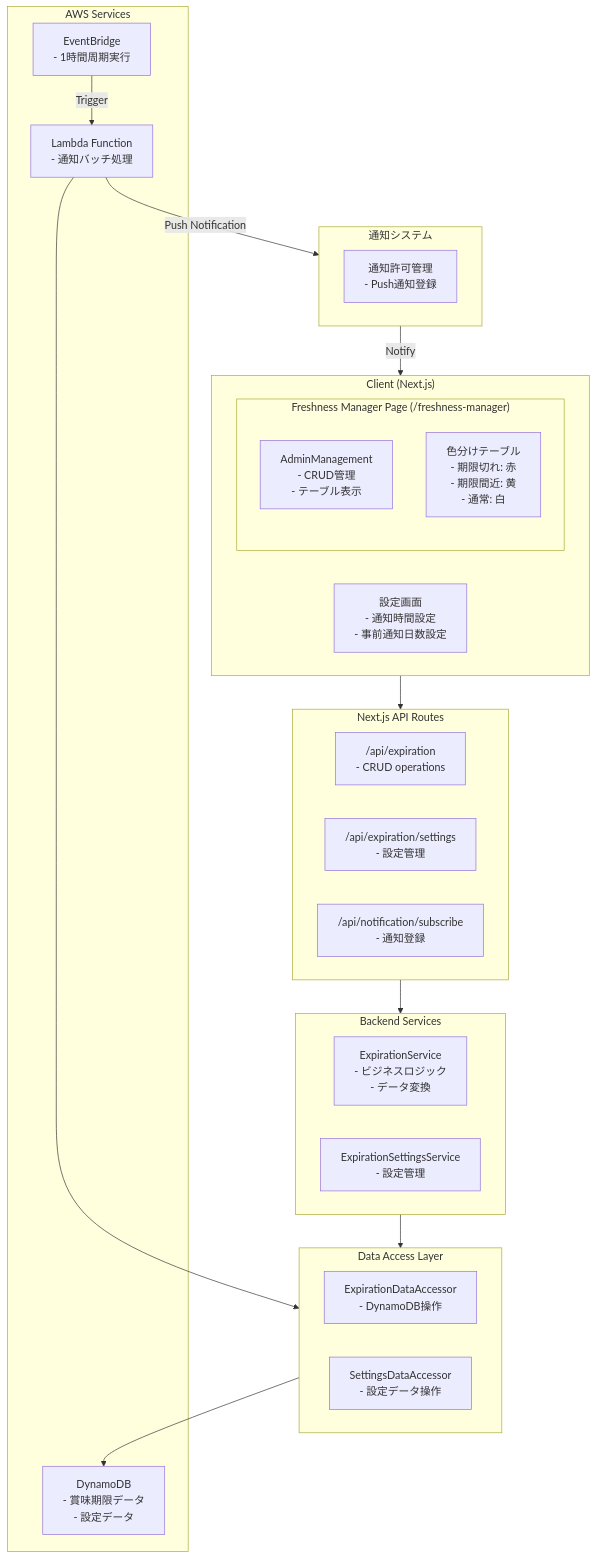
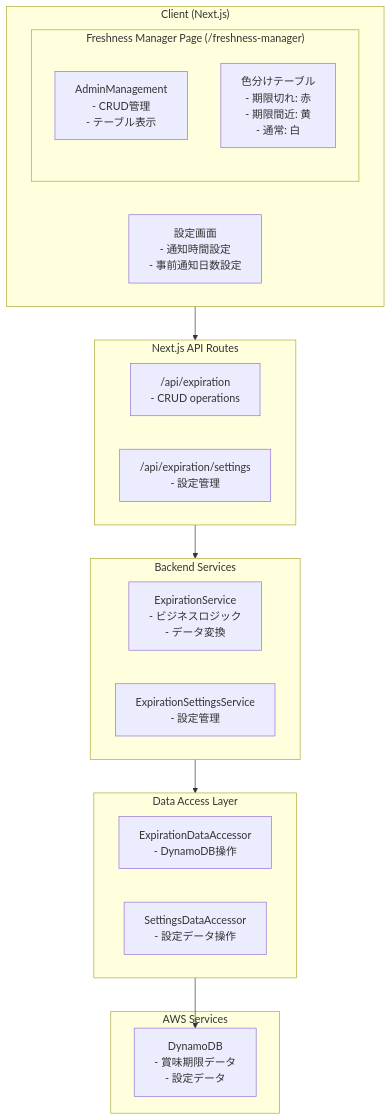
The first of 5 diagrams in docs/tools/expiration-manager.md (nagiyu/tools), drawn with Mermaid before and after one commit. The commit also changed other lines of this file, not shown here.

Commit message:
Split architecture diagrams into settings and notification, move batch to root directory

````diff
--- a/docs/tools/expiration-manager.md
+++ b/docs/tools/expiration-manager.md
@@ -11,45 +13,34 @@
 ```mermaid
 graph TB
     subgraph Client["Client (Next.js)"]
         subgraph Page["Freshness Manager Page (/freshness-manager)"]
             AdminMgmt["AdminManagement<br/>- CRUD管理<br/>- テーブル表示"]
             ColorTable["色分けテーブル<br/>- 期限切れ: 赤<br/>- 期限間近: 黄<br/>- 通常: 白"]
         end
         Settings["設定画面<br/>- 通知時間設定<br/>- 事前通知日数設定"]
     end
     
-    subgraph Notification["通知システム"]
-        NotifPerm["通知許可管理<br/>- Push通知登録"]
-    end
-    
     subgraph API["Next.js API Routes"]
         ExpirationAPI["/api/expiration<br/>- CRUD operations"]
         SettingsAPI["/api/expiration/settings<br/>- 設定管理"]
-        NotifAPI["/api/notification/subscribe<br/>- 通知登録"]
     end
     
     subgraph Backend["Backend Services"]
         ExpirationService["ExpirationService<br/>- ビジネスロジック<br/>- データ変換"]
         SettingsService["ExpirationSettingsService<br/>- 設定管理"]
     end
     
     subgraph DataLayer["Data Access Layer"]
         ExpirationAccessor["ExpirationDataAccessor<br/>- DynamoDB操作"]
         SettingsAccessor["SettingsDataAccessor<br/>- 設定データ操作"]
     end
     
     subgraph AWS["AWS Services"]
         DynamoDB["DynamoDB<br/>- 賞味期限データ<br/>- 設定データ"]
-        EventBridge["EventBridge<br/>- 1時間周期実行"]
-        Lambda["Lambda Function<br/>- 通知バッチ処理"]
     end
     
     Client --> API
     API --> Backend
     Backend --> DataLayer
     DataLayer --> DynamoDB
-    EventBridge -->|Trigger| Lambda
-    Lambda --> DataLayer
-    Lambda -->|Push Notification| Notification
-    Notification -->|Notify| Client
 ```
````
